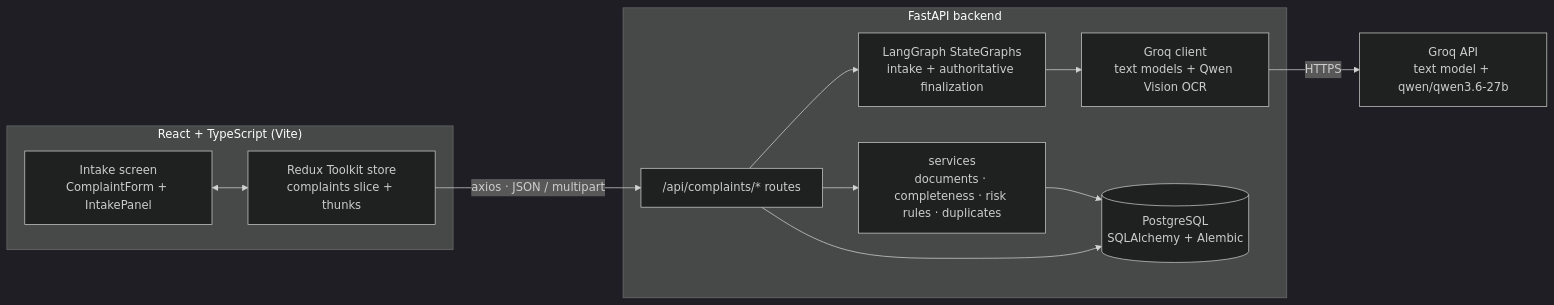
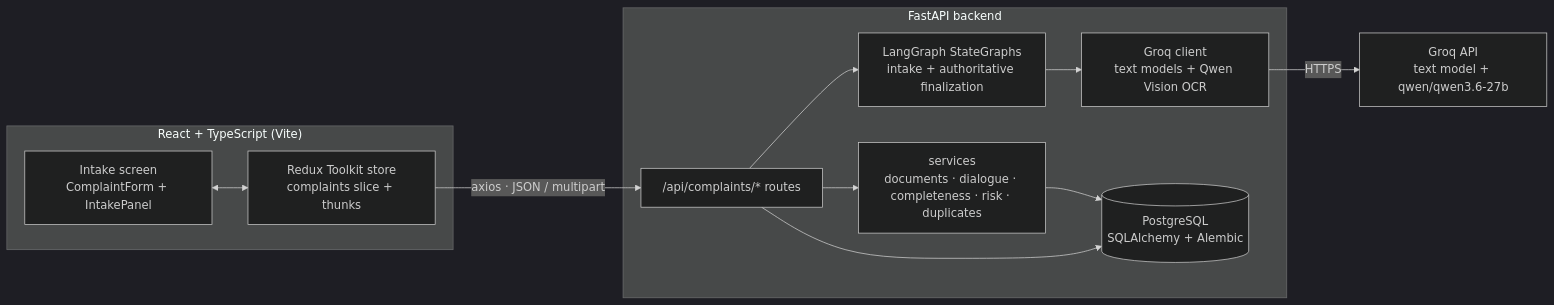
Before and after one commit to nsoxbekdn/aivoa-ai-complaint-management: the first of 2 diagrams in README.md, drawn with Mermaid (dark theme). The commit also changed other lines of this file and 4 other files, not shown here.

````diff
--- a/README.md
+++ b/README.md
@@ -75,24 +75,24 @@
 ```mermaid
 flowchart LR
     subgraph Browser["React + TypeScript (Vite)"]
         UI["Intake screen<br/>ComplaintForm + IntakePanel"]
         RTK["Redux Toolkit store<br/>complaints slice + thunks"]
         UI <--> RTK
     end
 
     subgraph API["FastAPI backend"]
         R["/api/complaints/* routes"]
-        S["services<br/>documents · completeness · risk rules · duplicates"]
+        S["services<br/>documents · dialogue · completeness · risk · duplicates"]
         G["LangGraph StateGraphs<br/>intake + authoritative finalization"]
         L["Groq client<br/>text models + Qwen Vision OCR"]
         DB[("PostgreSQL<br/>SQLAlchemy + Alembic")]
         R --> S
         R --> G
         G --> L
         S --> DB
         R --> DB
     end
 
     RTK -- "axios · JSON / multipart" --> R
     L -- "HTTPS" --> Groq["Groq API<br/>text model + qwen/qwen3.6-27b"]
 ```
````
